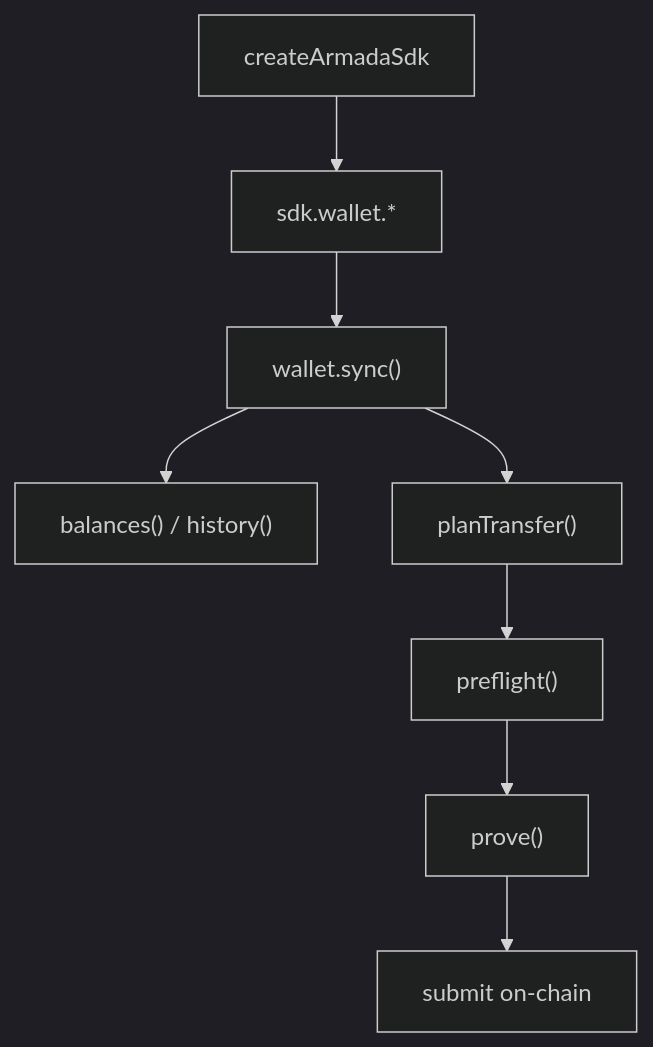
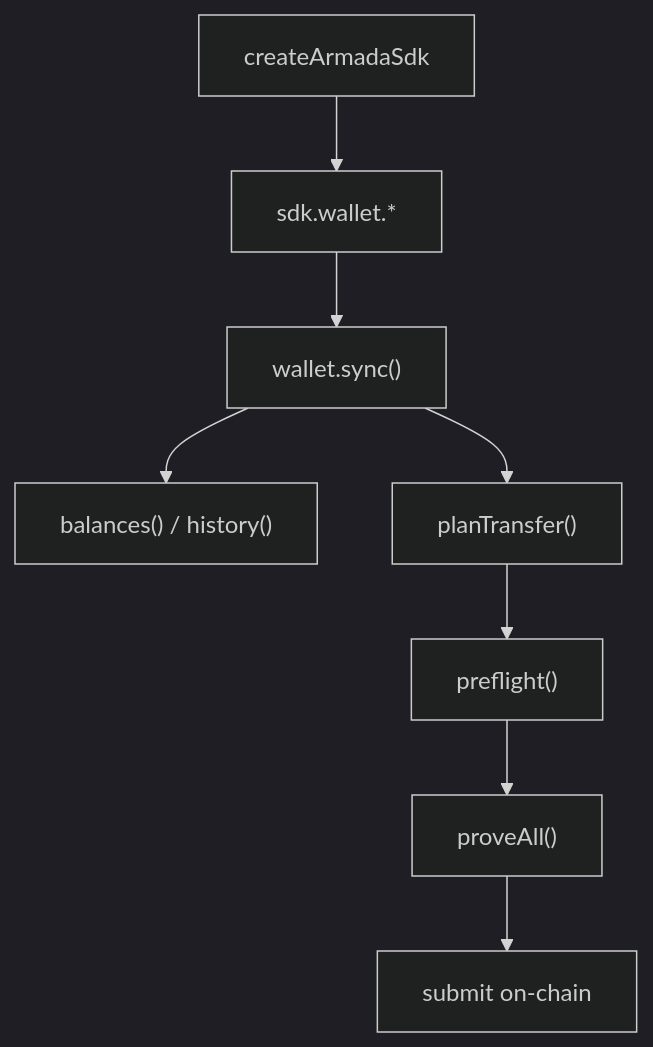
Before and after one commit to ship-armada/armada-sdk: the diagram in docs/guide/index.md, drawn with Mermaid (dark theme). The commit also changed 18 other files, not shown here.

````diff
--- a/docs/guide/index.md
+++ b/docs/guide/index.md
@@ -39,10 +39,10 @@
 ```mermaid
 flowchart TD
   A[createArmadaSdk] --> B["sdk.wallet.*"]
   B --> C["wallet.sync()"]
   C --> D["balances() / history()"]
   C --> E["planTransfer()"]
   E --> F["preflight()"]
-  F --> G["prove()"]
+  F --> G["proveAll()"]
   G --> H[submit on-chain]
 ```
````
